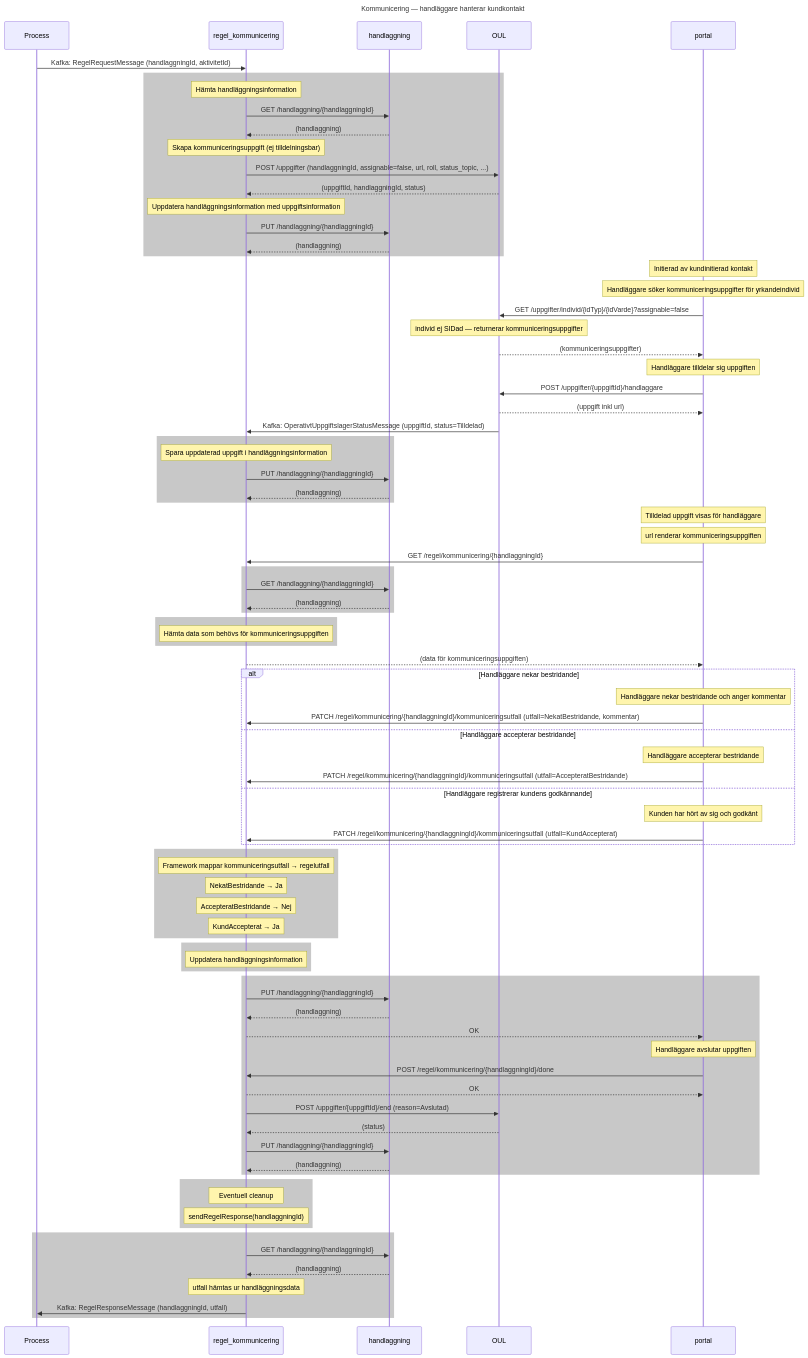
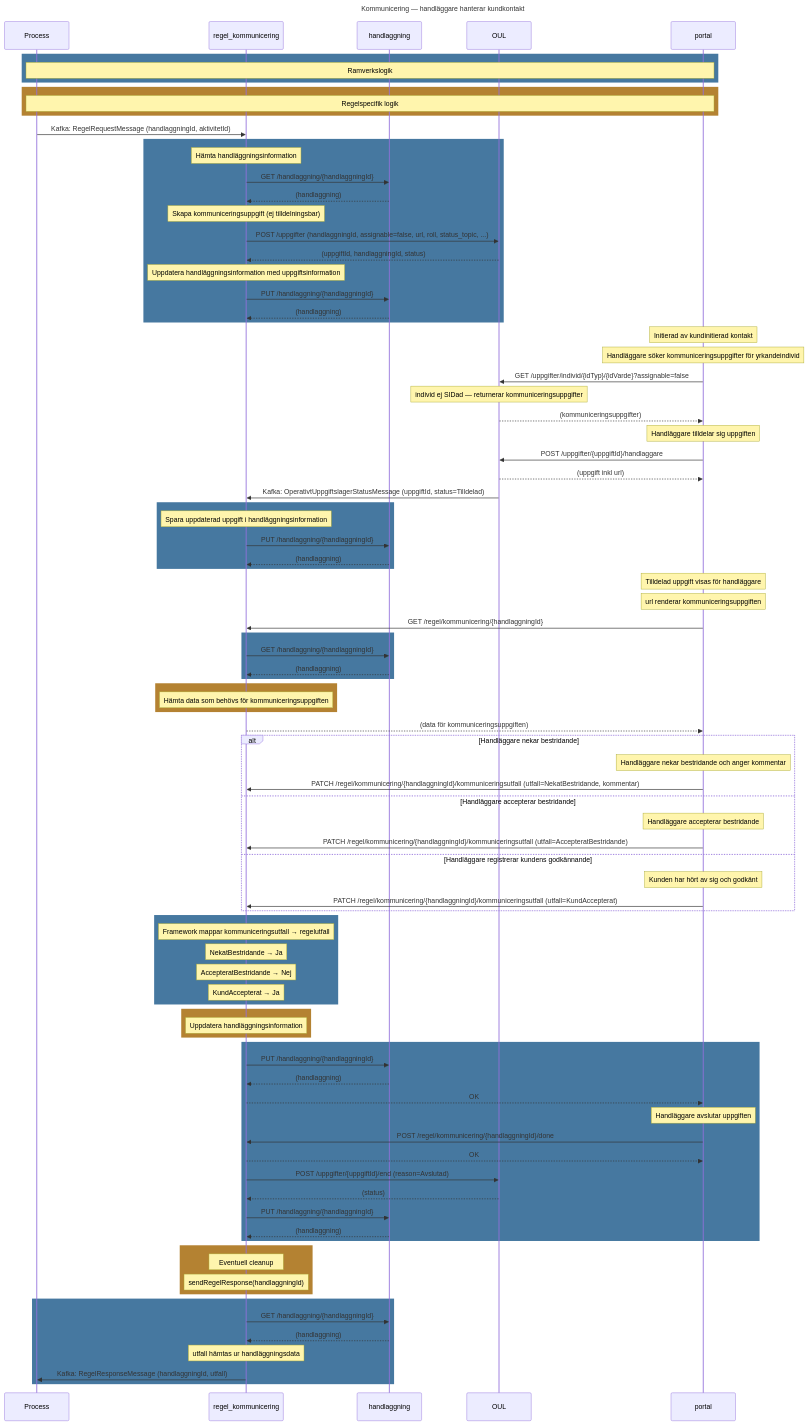
The diagram in sequences/kommunicering/kommunicering_handlaggare_hanterar_kundkontakt.mmd (Forsakringskassan/rimfrost), drawn with Mermaid before and after one commit. The commit also changed 5 other files, not shown here.

Commit message:
fix: replace START/END noteovers with color-coded rects across all sequences

```diff
--- a/sequences/kommunicering/kommunicering_handlaggare_hanterar_kundkontakt.mmd
+++ b/sequences/kommunicering/kommunicering_handlaggare_hanterar_kundkontakt.mmd
@@ -1,111 +1,118 @@
 sequenceDiagram
     title Kommunicering — handläggare hanterar kundkontakt
 
     participant Process
     participant regel_kommunicering
     participant handlaggning
     participant OUL
     participant portal
 
+rect rgb(70, 120, 160)
+    note over Process,portal: Ramverkslogik
+end
+rect rgb(180, 130, 50)
+    note over Process,portal: Regelspecifik logik
+end
+
     Process ->> regel_kommunicering: Kafka: RegelRequestMessage (handlaggningId, aktivitetId)
 
-rect rgb(200, 200, 200)
+rect rgb(70, 120, 160)
     note over regel_kommunicering: Hämta handläggningsinformation
     regel_kommunicering ->> handlaggning: GET /handlaggning/{handlaggningId}
     handlaggning -->> regel_kommunicering: (handlaggning)
 
     note over regel_kommunicering: Skapa kommuniceringsuppgift (ej tilldelningsbar)
     regel_kommunicering ->> OUL: POST /uppgifter (handlaggningId, assignable=false, url, roll, status_topic, ...)
     OUL -->> regel_kommunicering: (uppgiftId, handlaggningId, status)
 
     note over regel_kommunicering: Uppdatera handläggningsinformation med uppgiftsinformation
     regel_kommunicering ->> handlaggning: PUT /handlaggning/{handlaggningId}
     handlaggning -->> regel_kommunicering: (handlaggning)
 end
 
     note over portal: Initierad av kundinitierad kontakt
 
     note over portal: Handläggare söker kommuniceringsuppgifter för yrkandeindivid
     portal ->> OUL: GET /uppgifter/individ/{idTyp}/{idVarde}?assignable=false
 
     note over OUL: individ ej SIDad — returnerar kommuniceringsuppgifter
     OUL -->> portal: (kommuniceringsuppgifter)
 
     note over portal: Handläggare tilldelar sig uppgiften
     portal ->> OUL: POST /uppgifter/{uppgiftId}/handlaggare
     OUL -->> portal: (uppgift inkl url)
 
     OUL ->> regel_kommunicering: Kafka: OperativtUppgiftslagerStatusMessage (uppgiftId, status=Tilldelad)
 
-rect rgb(200, 200, 200)
+rect rgb(70, 120, 160)
     note over regel_kommunicering: Spara uppdaterad uppgift i handläggningsinformation
     regel_kommunicering ->> handlaggning: PUT /handlaggning/{handlaggningId}
     handlaggning -->> regel_kommunicering: (handlaggning)
 end
 
     note over portal: Tilldelad uppgift visas för handläggare
     note over portal: url renderar kommuniceringsuppgiften
 
     portal ->> regel_kommunicering: GET /regel/kommunicering/{handlaggningId}
 
-rect rgb(200, 200, 200)
+rect rgb(70, 120, 160)
     regel_kommunicering ->> handlaggning: GET /handlaggning/{handlaggningId}
     handlaggning -->> regel_kommunicering: (handlaggning)
 end
 
-rect rgb(200, 200, 200)
+rect rgb(180, 130, 50)
     note over regel_kommunicering: Hämta data som behövs för kommuniceringsuppgiften
 end
 
     regel_kommunicering -->> portal: (data för kommuniceringsuppgiften)
 
 alt Handläggare nekar bestridande
     note over portal: Handläggare nekar bestridande och anger kommentar
     portal ->> regel_kommunicering: PATCH /regel/kommunicering/{handlaggningId}/kommuniceringsutfall (utfall=NekatBestridande, kommentar)
 else Handläggare accepterar bestridande
     note over portal: Handläggare accepterar bestridande
     portal ->> regel_kommunicering: PATCH /regel/kommunicering/{handlaggningId}/kommuniceringsutfall (utfall=AccepteratBestridande)
 else Handläggare registrerar kundens godkännande
     note over portal: Kunden har hört av sig och godkänt
     portal ->> regel_kommunicering: PATCH /regel/kommunicering/{handlaggningId}/kommuniceringsutfall (utfall=KundAccepterat)
 end
 
-rect rgb(200, 200, 200)
+rect rgb(70, 120, 160)
     note over regel_kommunicering: Framework mappar kommuniceringsutfall → regelutfall
     note over regel_kommunicering: NekatBestridande → Ja
     note over regel_kommunicering: AccepteratBestridande → Nej
     note over regel_kommunicering: KundAccepterat → Ja
 end
 
-rect rgb(200, 200, 200)
+rect rgb(180, 130, 50)
     note over regel_kommunicering: Uppdatera handläggningsinformation
 end
 
-rect rgb(200, 200, 200)
+rect rgb(70, 120, 160)
     regel_kommunicering ->> handlaggning: PUT /handlaggning/{handlaggningId}
     handlaggning -->> regel_kommunicering: (handlaggning)
 
     regel_kommunicering -->> portal: OK
 
     note over portal: Handläggare avslutar uppgiften
     portal ->> regel_kommunicering: POST /regel/kommunicering/{handlaggningId}/done
     regel_kommunicering -->> portal: OK
 
     regel_kommunicering ->> OUL: POST /uppgifter/{uppgiftId}/end (reason=Avslutad)
     OUL -->> regel_kommunicering: (status)
 
     regel_kommunicering ->> handlaggning: PUT /handlaggning/{handlaggningId}
     handlaggning -->> regel_kommunicering: (handlaggning)
 end
 
-rect rgb(200, 200, 200)
+rect rgb(180, 130, 50)
     note over regel_kommunicering: Eventuell cleanup
     note over regel_kommunicering: sendRegelResponse(handlaggningId)
 end
 
-rect rgb(200, 200, 200)
+rect rgb(70, 120, 160)
     regel_kommunicering ->> handlaggning: GET /handlaggning/{handlaggningId}
     handlaggning -->> regel_kommunicering: (handlaggning)
     note over regel_kommunicering: utfall hämtas ur handläggningsdata
     regel_kommunicering ->> Process: Kafka: RegelResponseMessage (handlaggningId, utfall)
 end
```
